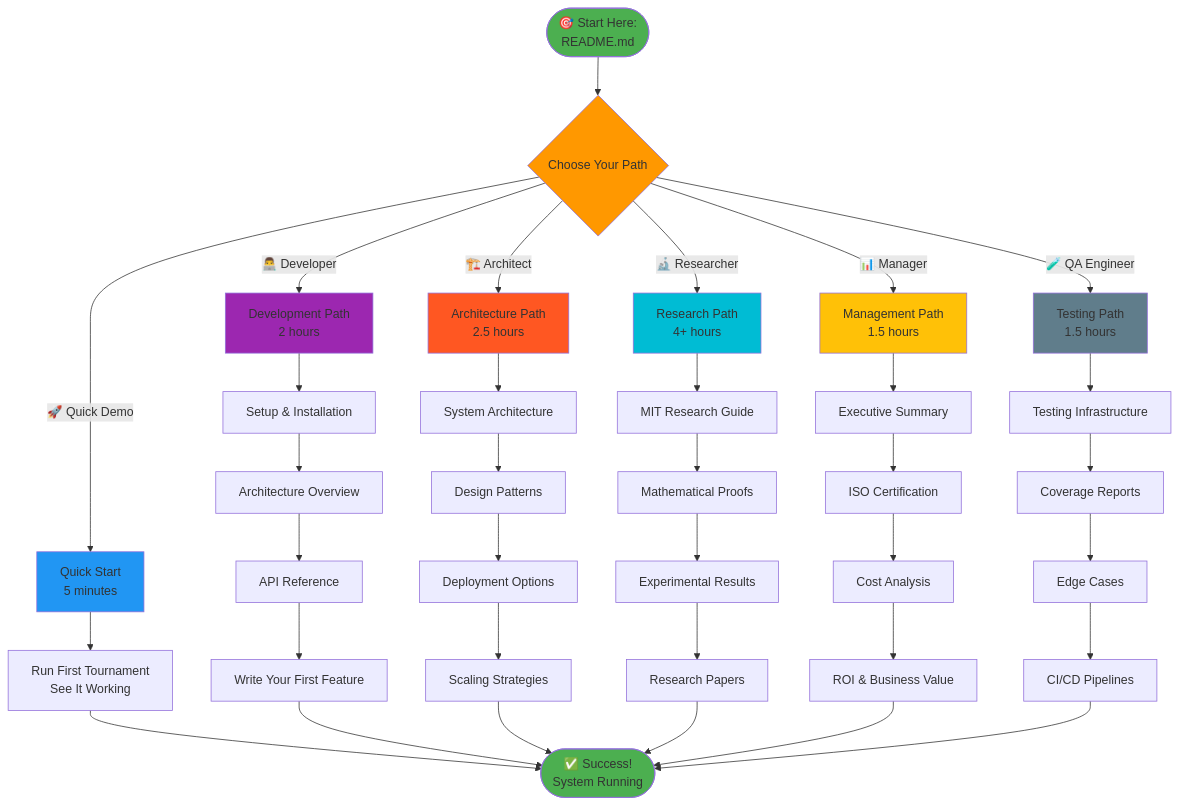
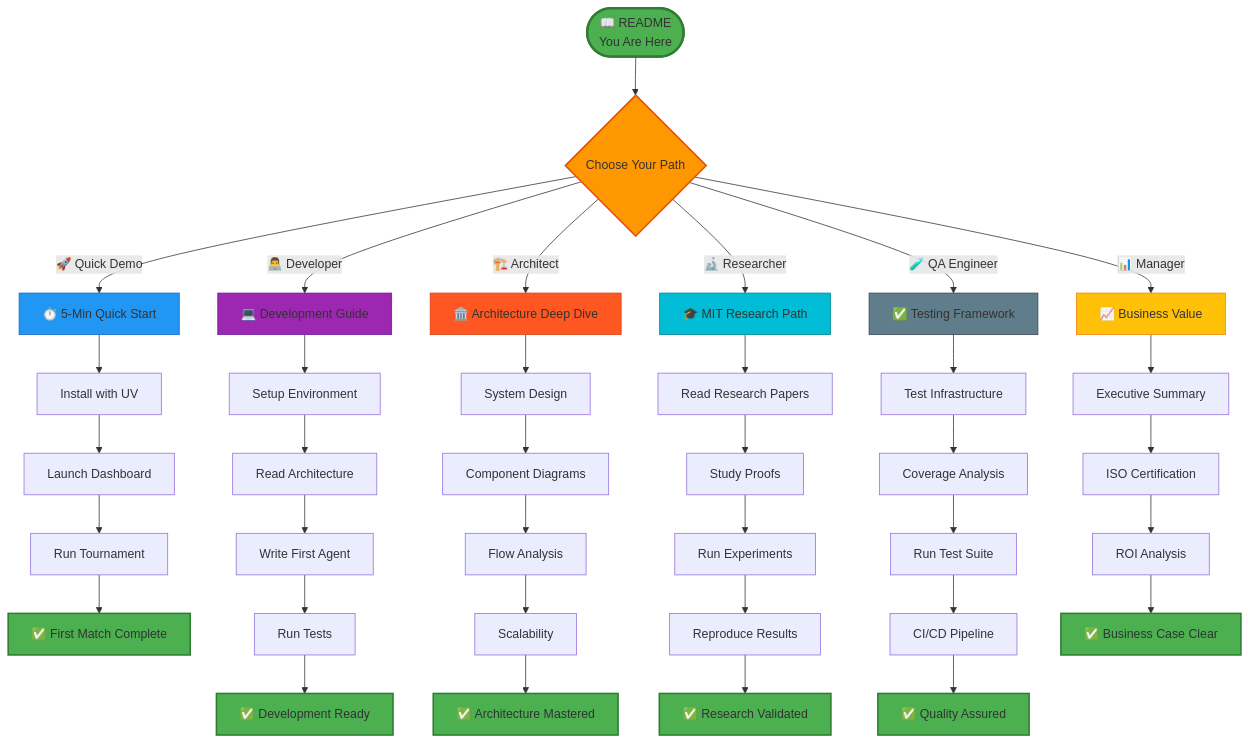
The first of 18 diagrams in README.md (fouada/Assignment7_mcp-multi-agent-game), drawn with Mermaid before and after one commit. The commit also changed other lines of this file and 3 other files, not shown here.

````diff
--- a/README.md
+++ b/README.md
@@ -75,55 +56,60 @@
 ```mermaid
 graph TB
-    START([🎯 Start Here:<br/>README.md]) --> ROLE{Choose Your Path}
+    START([📖 README<br/>You Are Here]) --> ROLE{Choose Your Path}
     
-    ROLE -->|🚀 Quick Demo| QUICK[Quick Start<br/>5 minutes]
-    ROLE -->|👨‍💻 Developer| DEV[Development Path<br/>2 hours]
-    ROLE -->|🏗️ Architect| ARCH[Architecture Path<br/>2.5 hours]
-    ROLE -->|🔬 Researcher| RES[Research Path<br/>4+ hours]
-    ROLE -->|📊 Manager| MGR[Management Path<br/>1.5 hours]
-    ROLE -->|🧪 QA Engineer| QA[Testing Path<br/>1.5 hours]
+    ROLE -->|🚀 Quick Demo| QUICK[⏱️ 5-Min Quick Start]
+    ROLE -->|👨‍💻 Developer| DEV[💻 Development Guide]
+    ROLE -->|🏗️ Architect| ARCH[🏛️ Architecture Deep Dive]
+    ROLE -->|🔬 Researcher| RES[🎓 MIT Research Path]
+    ROLE -->|🧪 QA Engineer| QA[✅ Testing Framework]
+    ROLE -->|📊 Manager| MGR[📈 Business Value]
     
-    QUICK --> DEMO[Run First Tournament<br/>See It Working]
+    QUICK --> Q1[Install with UV]
+    Q1 --> Q2[Launch Dashboard]
+    Q2 --> Q3[Run Tournament]
+    Q3 --> SUCCESS1[✅ First Match Complete]
     
-    DEV --> DEV1[Setup & Installation]
-    DEV1 --> DEV2[Architecture Overview]
-    DEV2 --> DEV3[API Reference]
-    DEV3 --> DEV4[Write Your First Feature]
+    DEV --> D1[Setup Environment]
+    D1 --> D2[Read Architecture]
+    D2 --> D3[Write First Agent]
+    D3 --> D4[Run Tests]
+    D4 --> SUCCESS2[✅ Development Ready]
     
-    ARCH --> ARCH1[System Architecture]
-    ARCH1 --> ARCH2[Design Patterns]
-    ARCH2 --> ARCH3[Deployment Options]
-    ARCH3 --> ARCH4[Scaling Strategies]
+    ARCH --> A1[System Design]
+    A1 --> A2[Component Diagrams]
+    A2 --> A3[Flow Analysis]
+    A3 --> A4[Scalability]
+    A4 --> SUCCESS3[✅ Architecture Mastered]
     
-    RES --> RES1[MIT Research Guide]
-    RES1 --> RES2[Mathematical Proofs]
-    RES2 --> RES3[Experimental Results]
-    RES3 --> RES4[Research Papers]
+    RES --> R1[Read Research Papers]
+    R1 --> R2[Study Proofs]
+    R2 --> R3[Run Experiments]
+    R3 --> R4[Reproduce Results]
+    R4 --> SUCCESS4[✅ Research Validated]
     
-    MGR --> MGR1[Executive Summary]
-    MGR1 --> MGR2[ISO Certification]
-    MGR2 --> MGR3[Cost Analysis]
-    MGR3 --> MGR4[ROI & Business Value]
+    QA --> T1[Test Infrastructure]
+    T1 --> T2[Coverage Analysis]
+    T2 --> T3[Run Test Suite]
+    T3 --> T4[CI/CD Pipeline]
+    T4 --> SUCCESS5[✅ Quality Assured]
     
-    QA --> QA1[Testing Infrastructure]
-    QA1 --> QA2[Coverage Reports]
-    QA2 --> QA3[Edge Cases]
-    QA3 --> QA4[CI/CD Pipelines]
+    MGR --> M1[Executive Summary]
+    M1 --> M2[ISO Certification]
+    M2 --> M3[ROI Analysis]
+    M3 --> SUCCESS6[✅ Business Case Clear]
     
-    DEMO --> SUCCESS([✅ Success!<br/>System Running])
-    DEV4 --> SUCCESS
-    ARCH4 --> SUCCESS
-    RES4 --> SUCCESS
-    MGR4 --> SUCCESS
-    QA4 --> SUCCESS
-    
-    style START fill:#4CAF50
-    style ROLE fill:#FF9800
-    style QUICK fill:#2196F3
-    style DEV fill:#9C27B0
-    style ARCH fill:#FF5722
-    style RES fill:#00BCD4
-    style MGR fill:#FFC107
-    style QA fill:#607D8B
-    style SUCCESS fill:#4CAF50
+    style START fill:#4CAF50,stroke:#2E7D32,stroke-width:3px
+    style ROLE fill:#FF9800,stroke:#E65100,stroke-width:2px
+    style QUICK fill:#2196F3,stroke:#1565C0
+    style DEV fill:#9C27B0,stroke:#6A1B9A
+    style ARCH fill:#FF5722,stroke:#D84315
+    style RES fill:#00BCD4,stroke:#00838F
+    style QA fill:#607D8B,stroke:#37474F
+    style MGR fill:#FFC107,stroke:#F57F17
+    style SUCCESS1 fill:#4CAF50,stroke:#2E7D32,stroke-width:2px
+    style SUCCESS2 fill:#4CAF50,stroke:#2E7D32,stroke-width:2px
+    style SUCCESS3 fill:#4CAF50,stroke:#2E7D32,stroke-width:2px
+    style SUCCESS4 fill:#4CAF50,stroke:#2E7D32,stroke-width:2px
+    style SUCCESS5 fill:#4CAF50,stroke:#2E7D32,stroke-width:2px
+    style SUCCESS6 fill:#4CAF50,stroke:#2E7D32,stroke-width:2px
 ```
````
